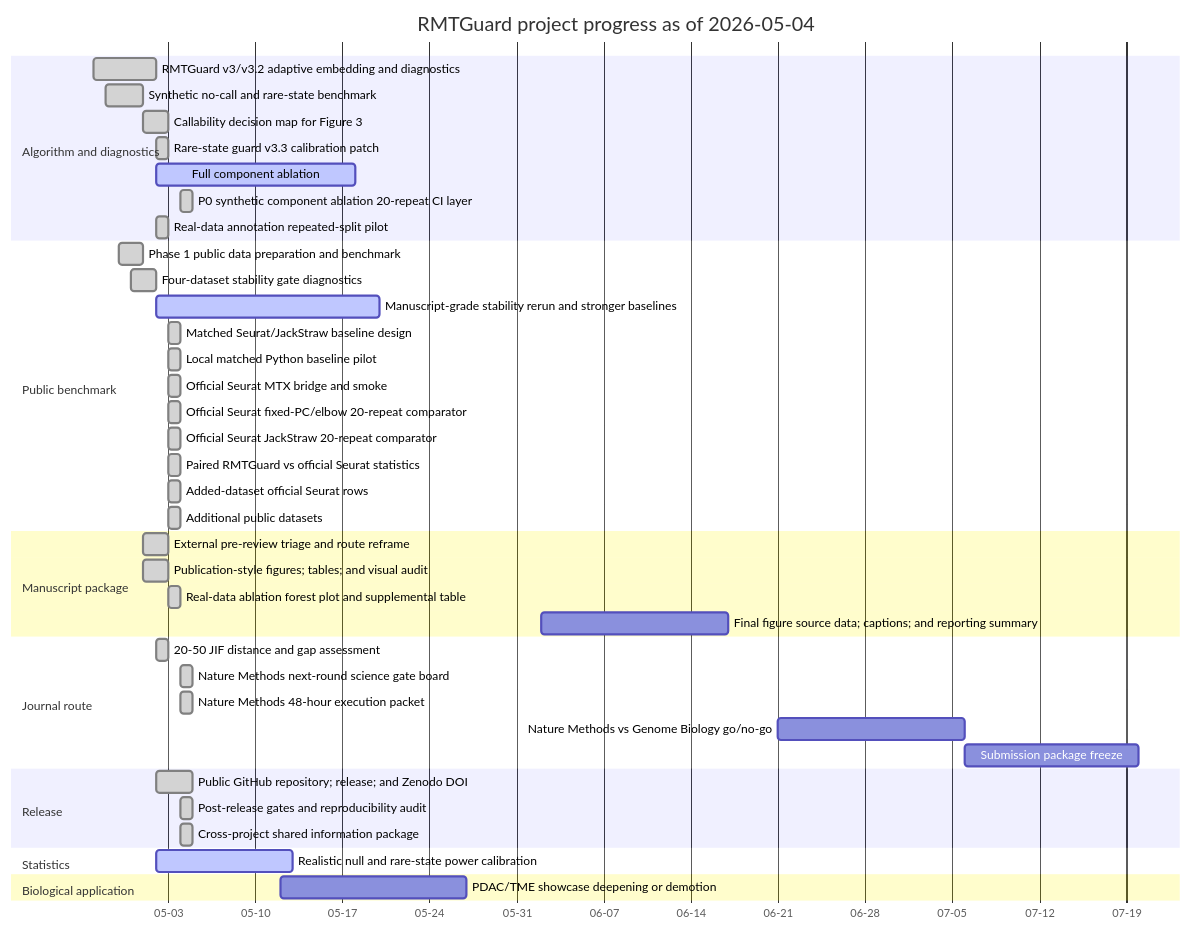
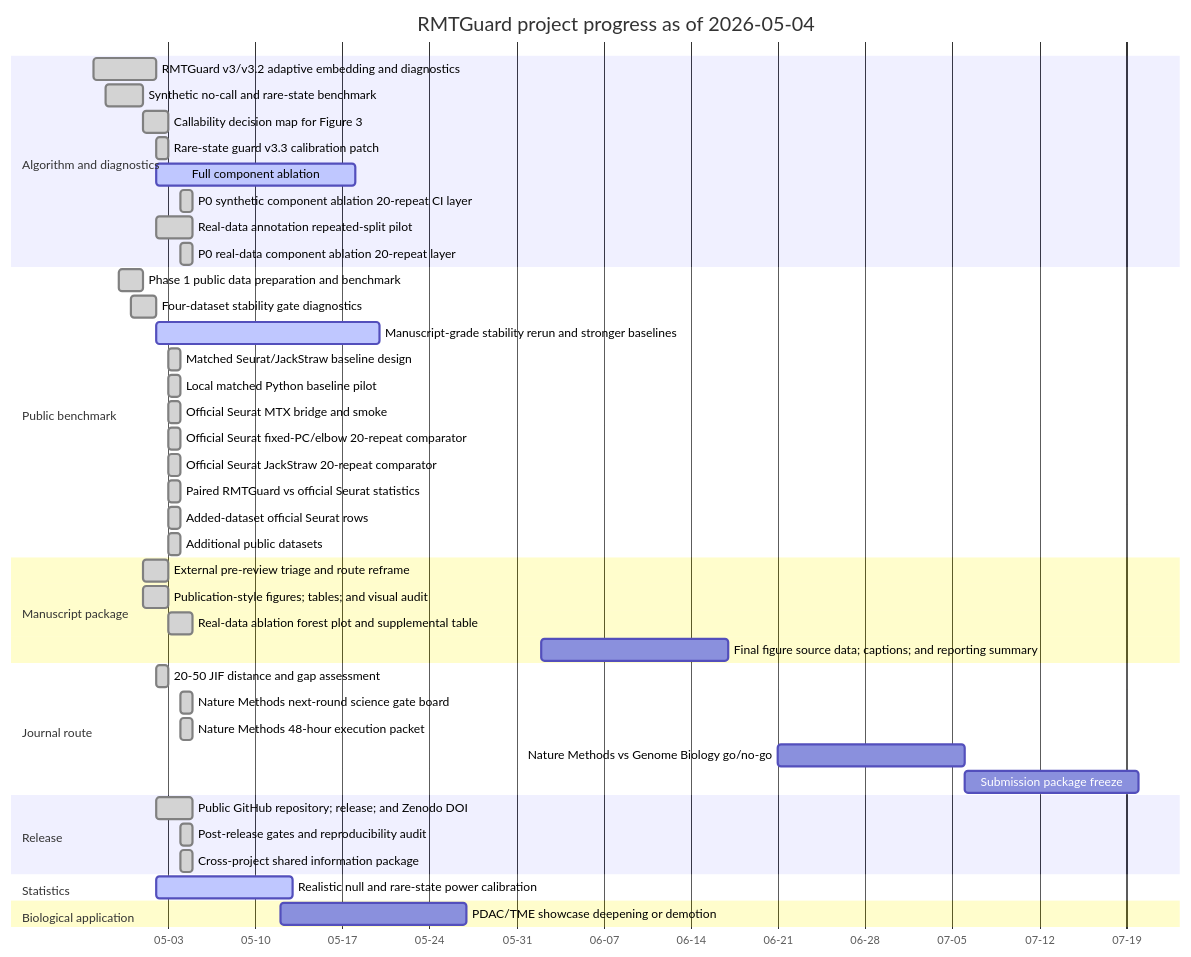
The diagram in results/project_management/rmtguard_project_gantt.md (healthgreat/rmtguard), drawn with Mermaid before and after one commit. The commit also changed other lines of this file and 30 other files, not shown here.

Commit message:
Complete real-data ablation 20-repeat layer

````diff
--- a/results/project_management/rmtguard_project_gantt.md
+++ b/results/project_management/rmtguard_project_gantt.md
@@ -13,45 +13,46 @@
 ```mermaid
 gantt
     title RMTGuard project progress as of 2026-05-04
     dateFormat  YYYY-MM-DD
     axisFormat  %m-%d
     section Algorithm and diagnostics
     RMTGuard v3/v3.2 adaptive embedding and diagnostics :done, T01, 2026-04-27, 5d
     Synthetic no-call and rare-state benchmark :done, T02, 2026-04-28, 3d
     Callability decision map for Figure 3 :done, T03, 2026-05-01, 2d
     Rare-state guard v3.3 calibration patch :done, T04, 2026-05-02, 1d
     Full component ablation :active, T15, 2026-05-02, 16d
     P0 synthetic component ablation 20-repeat CI layer :done, T16, 2026-05-04, 1d
-    Real-data annotation repeated-split pilot :done, T17, 2026-05-02, 1d
+    Real-data annotation repeated-split pilot :done, T17, 2026-05-02, 3d
+    P0 real-data component ablation 20-repeat layer :done, T18, 2026-05-04, 1d
     section Public benchmark
     Phase 1 public data preparation and benchmark :done, T05, 2026-04-29, 2d
     Four-dataset stability gate diagnostics :done, T06, 2026-04-30, 2d
     Manuscript-grade stability rerun and stronger baselines :active, T14, 2026-05-02, 18d
-    Matched Seurat/JackStraw baseline design :done, T19, 2026-05-03, 1d
-    Local matched Python baseline pilot :done, T20, 2026-05-03, 1d
-    Official Seurat MTX bridge and smoke :done, T21, 2026-05-03, 1d
-    Official Seurat fixed-PC/elbow 20-repeat comparator :done, T22, 2026-05-03, 1d
-    Official Seurat JackStraw 20-repeat comparator :done, T23, 2026-05-03, 1d
-    Paired RMTGuard vs official Seurat statistics :done, T24, 2026-05-03, 1d
-    Added-dataset official Seurat rows :done, T25, 2026-05-03, 1d
-    Additional public datasets :done, T27, 2026-05-03, 1d
+    Matched Seurat/JackStraw baseline design :done, T20, 2026-05-03, 1d
+    Local matched Python baseline pilot :done, T21, 2026-05-03, 1d
+    Official Seurat MTX bridge and smoke :done, T22, 2026-05-03, 1d
+    Official Seurat fixed-PC/elbow 20-repeat comparator :done, T23, 2026-05-03, 1d
+    Official Seurat JackStraw 20-repeat comparator :done, T24, 2026-05-03, 1d
+    Paired RMTGuard vs official Seurat statistics :done, T25, 2026-05-03, 1d
+    Added-dataset official Seurat rows :done, T26, 2026-05-03, 1d
+    Additional public datasets :done, T28, 2026-05-03, 1d
     section Manuscript package
     External pre-review triage and route reframe :done, T07, 2026-05-01, 2d
     Publication-style figures; tables; and visual audit :done, T08, 2026-05-01, 2d
-    Real-data ablation forest plot and supplemental table :done, T18, 2026-05-03, 1d
-    Final figure source data; captions; and reporting summary :T28, 2026-06-02, 15d
+    Real-data ablation forest plot and supplemental table :done, T19, 2026-05-03, 2d
+    Final figure source data; captions; and reporting summary :T29, 2026-06-02, 15d
     section Journal route
     20-50 JIF distance and gap assessment :done, T09, 2026-05-02, 1d
     Nature Methods next-round science gate board :done, T10, 2026-05-04, 1d
     Nature Methods 48-hour execution packet :done, T11, 2026-05-04, 1d
-    Nature Methods vs Genome Biology go/no-go :T31, 2026-06-21, 15d
-    Submission package freeze :T32, 2026-07-06, 14d
+    Nature Methods vs Genome Biology go/no-go :T32, 2026-06-21, 15d
+    Submission package freeze :T33, 2026-07-06, 14d
     section Release
     Public GitHub repository; release; and Zenodo DOI :done, T12, 2026-05-02, 3d
-    Post-release gates and reproducibility audit :done, T29, 2026-05-04, 1d
-    Cross-project shared information package :done, T30, 2026-05-04, 1d
+    Post-release gates and reproducibility audit :done, T30, 2026-05-04, 1d
+    Cross-project shared information package :done, T31, 2026-05-04, 1d
     section Statistics
     Realistic null and rare-state power calibration :active, T13, 2026-05-02, 11d
     section Biological application
-    PDAC/TME showcase deepening or demotion :T26, 2026-05-12, 15d
+    PDAC/TME showcase deepening or demotion :T27, 2026-05-12, 15d
 ```
````
